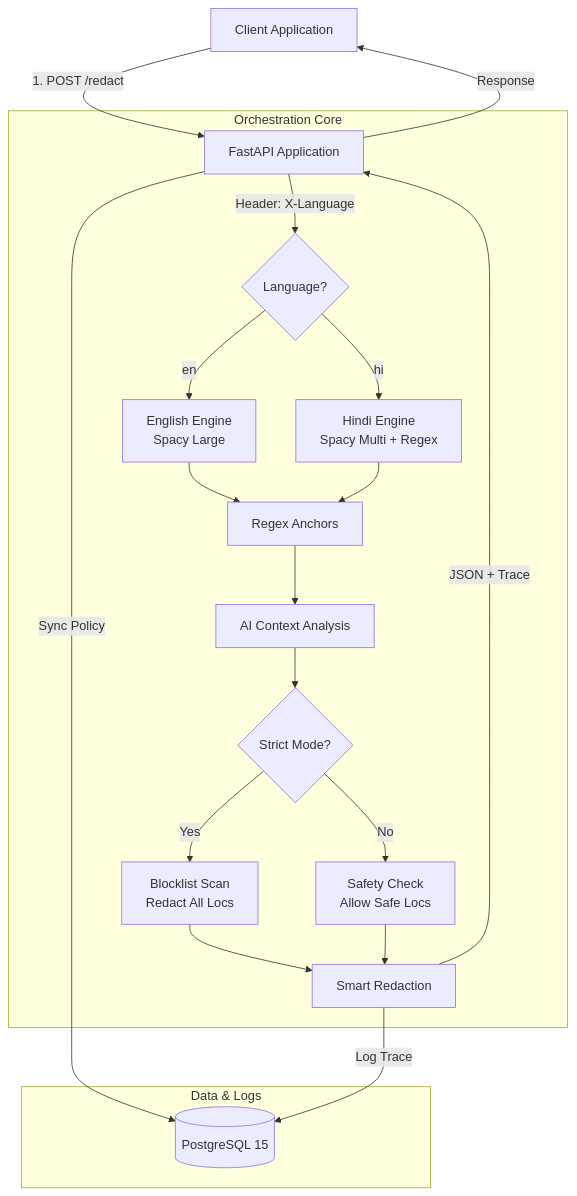
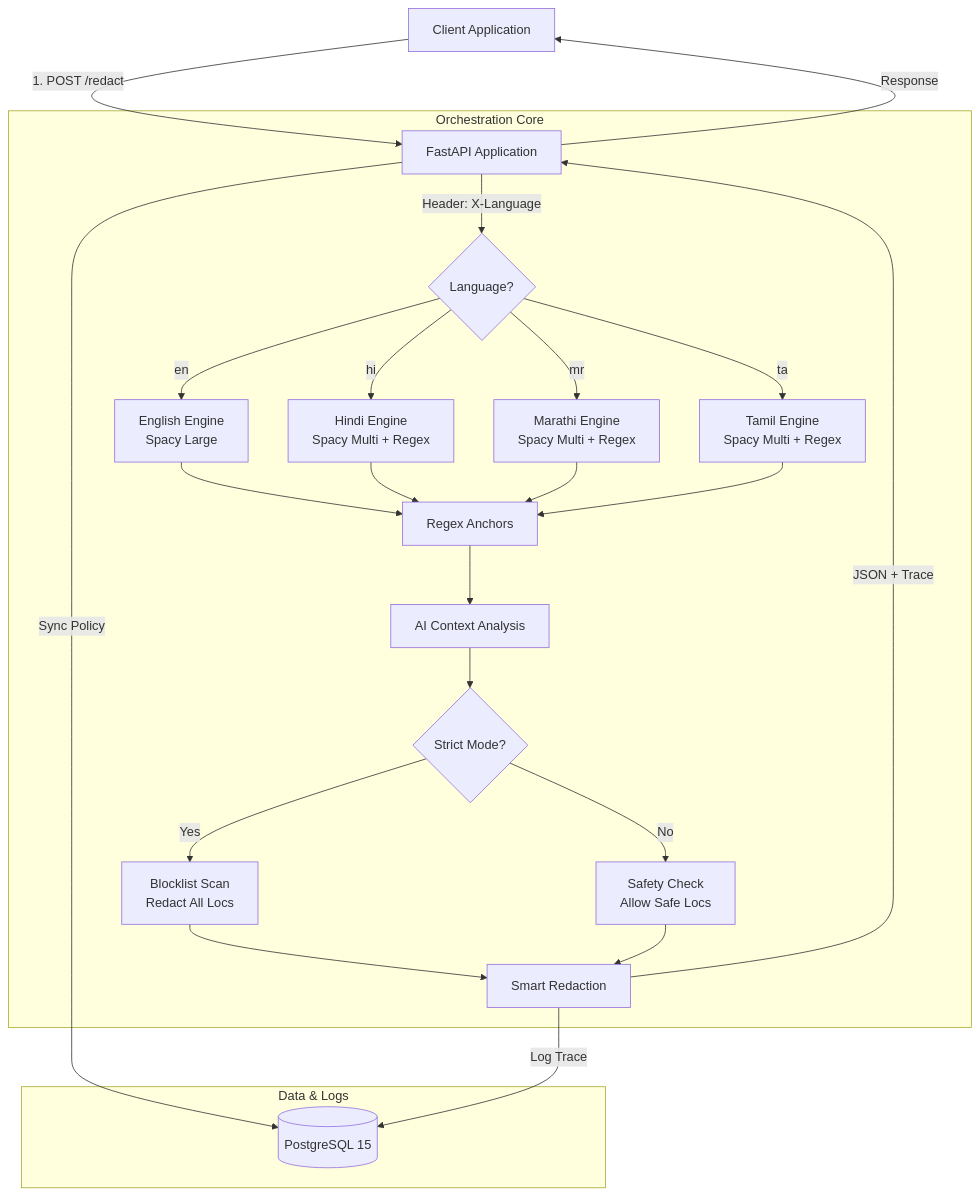
The diagram in README.md (KashifKhanTarento/pii_guardrails), drawn with Mermaid before and after one commit. The commit also changed other lines of this file and 4 other files, not shown here.

````diff
--- a/README.md
+++ b/README.md
@@ -23,32 +23,36 @@
 ```mermaid
 graph TD
     User[Client Application] -->|1. POST /redact| App[FastAPI Application]
     
     subgraph "Orchestration Core"
         App -->|Header: X-Language| LangSwitch{Language?}
         
         LangSwitch -->|en| Eng[English Engine<br/>Spacy Large]
-        LangSwitch -->|hi| Hin[Hindi Engine<br/>Spacy Multi + Regex]
+        LangSwitch -->|hi| Hi[Hindi Engine<br/>Spacy Multi + Regex]
+        LangSwitch -->|mr| Mr[Marathi Engine<br/>Spacy Multi + Regex]
+        LangSwitch -->|ta| Ta[Tamil Engine<br/>Spacy Multi + Regex]
         
         Eng --> Anchors[Regex Anchors]
-        Hin --> Anchors
+        Hi --> Anchors
+        Mr --> Anchors
+        Ta --> Anchors
         
         Anchors --> Context[AI Context Analysis]
         
         Context --> Strict{Strict Mode?}
         Strict -->|Yes| Block[Blocklist Scan<br/>Redact All Locs]
         Strict -->|No| Allow[Safety Check<br/>Allow Safe Locs]
         
         Block --> Redact[Smart Redaction]
         Allow --> Redact
     end
     
     subgraph "Data & Logs"
         App -->|Sync Policy| DB[(PostgreSQL 15)]
         Redact -->|Log Trace| DB
     end
     
     Redact -->|JSON + Trace| App
     App -->|Response| User
 
 ```
````
